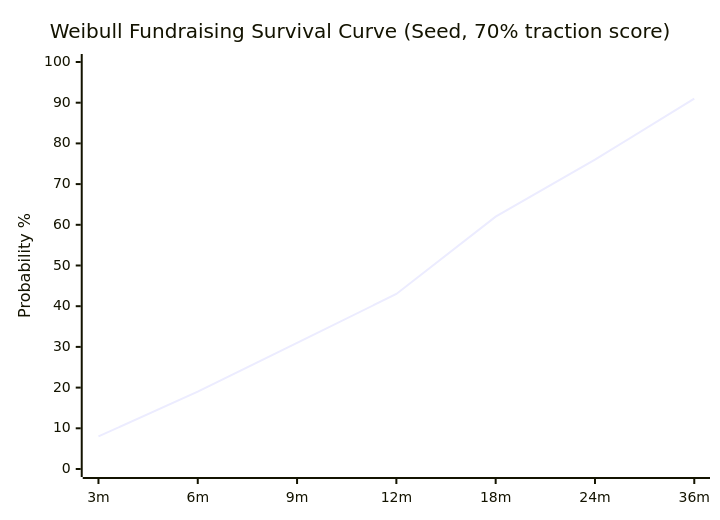
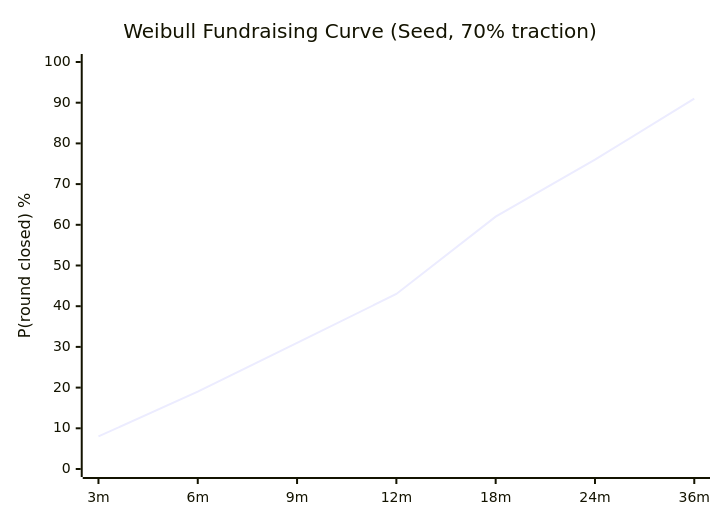
Before and after one commit to dozimikes/pitchmic: the ninth of 26 diagrams in README.md, drawn with Mermaid. The commit also changed other lines of this file, not shown here.

````diff
--- a/README.md
+++ b/README.md
@@ -474,7 +484,7 @@
 ```mermaid
 xychart-beta
-    title "Weibull Fundraising Survival Curve (Seed, 70% traction score)"
+    title "Weibull Fundraising Curve (Seed, 70% traction)"
     x-axis ["3m", "6m", "9m", "12m", "18m", "24m", "36m"]
-    y-axis "Probability %" 0 --> 100
+    y-axis "P(round closed) %" 0 --> 100
     line [8, 19, 31, 43, 62, 76, 91]
 ```
````
